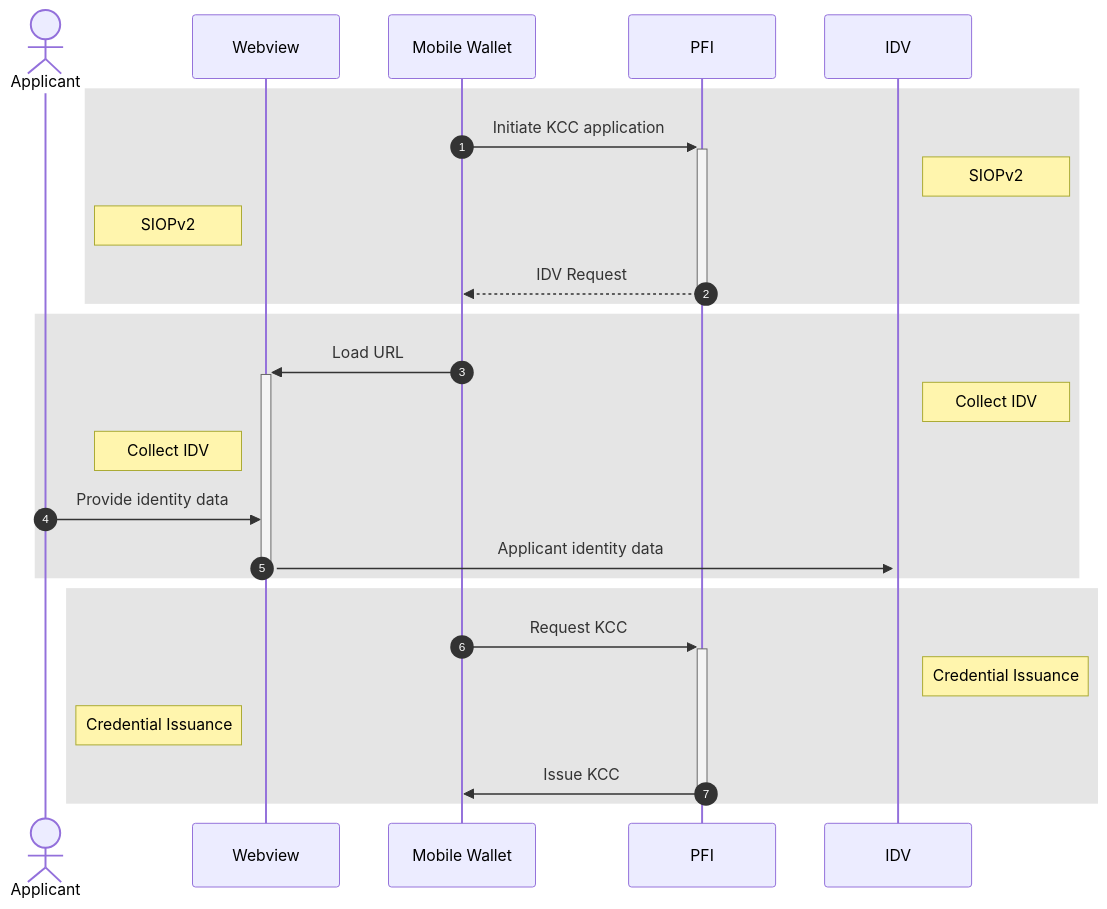
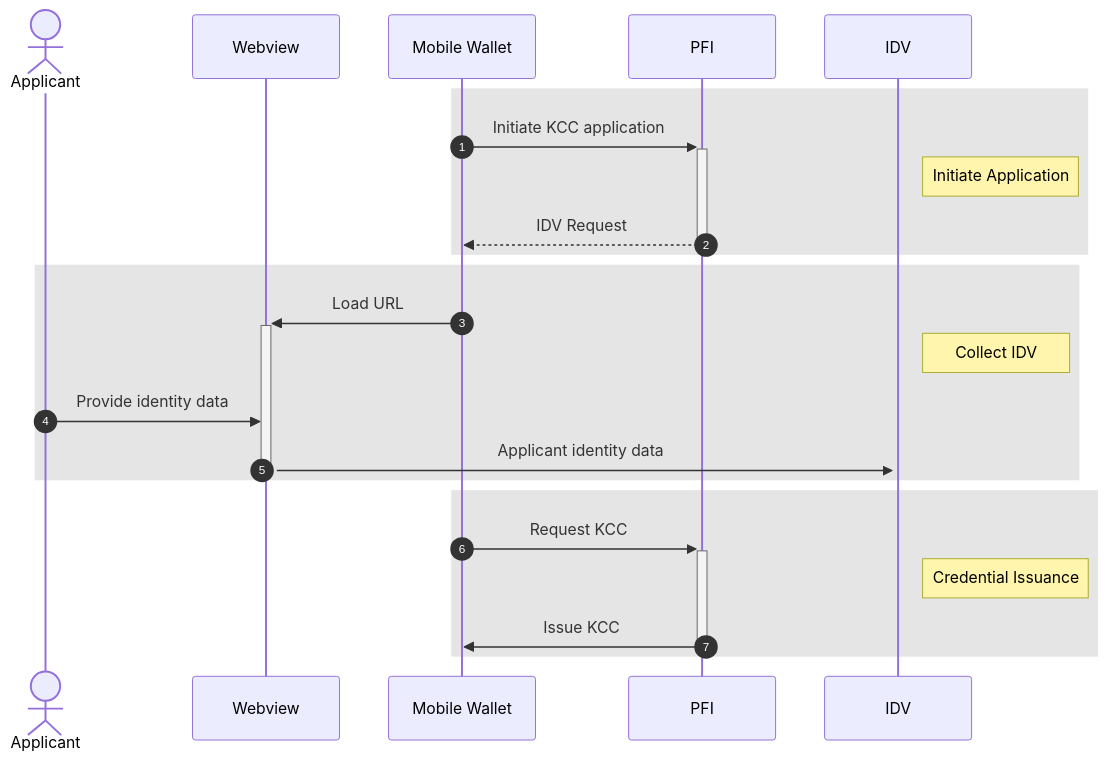
One commit to TBD54566975/known-customer-credential changed the first of 6 diagrams in README.md. Above: the diagram before and after it, drawn with Mermaid. The commit also changed other lines of this file, not shown here.

````diff
--- a/README.md
+++ b/README.md
@@ -194,31 +194,28 @@
 ```mermaid
 sequenceDiagram
 autonumber
 
 actor A as Applicant
 participant W as Webview
 participant D as Mobile Wallet
 participant P as PFI
 participant I as IDV
 
 rect rgba(0, 0, 0, 0.1)
     D->>+P: Initiate KCC application
-    Note right of I: SIOPv2
-    Note left of W: SIOPv2
+    Note right of I: Initiate Application
     P-->>-D: IDV Request
 end
 rect rgba(0, 0, 0, 0.1)
     D->>+W: Load URL
     Note right of I: Collect IDV
-    Note left of W: Collect IDV
     A->>W: Provide identity data
     W->>+I: Applicant identity data
     deactivate W
 end
 rect rgba(0, 0, 0, 0.1)
     D->>+P: Request KCC
     Note right of I: Credential Issuance
-    Note left of W: Credential Issuance
     P->>-D: Issue KCC
 end
 ```
````
